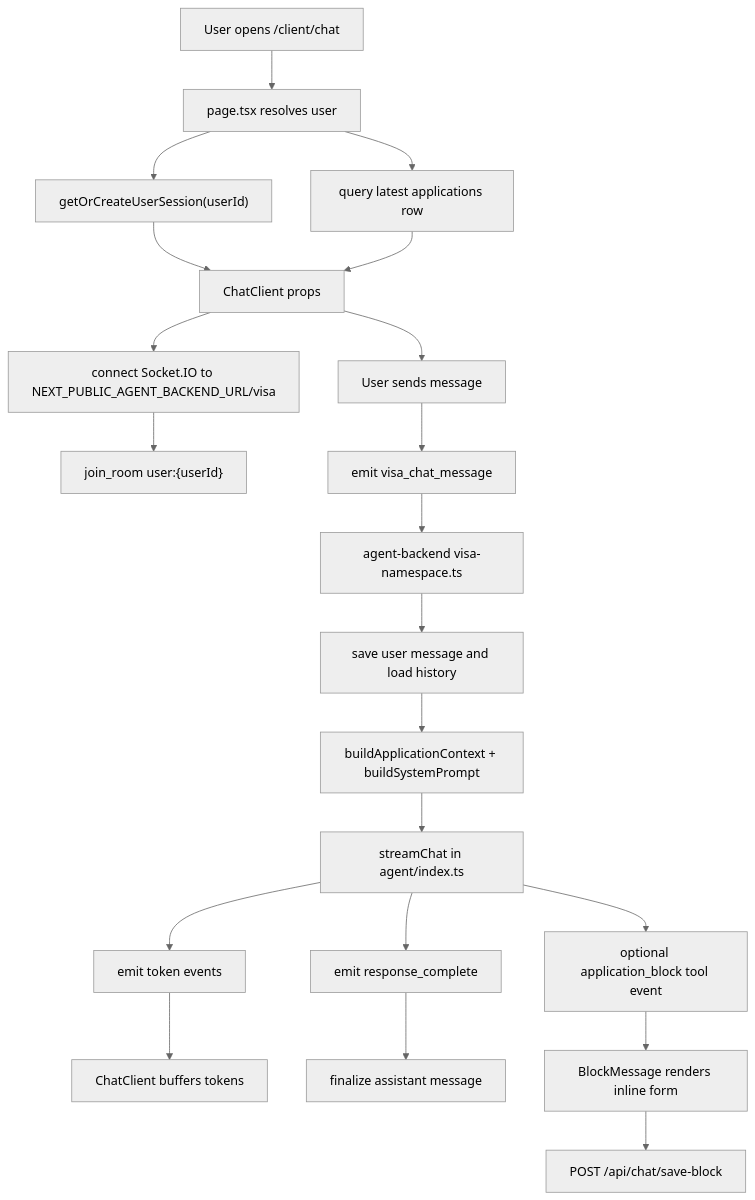
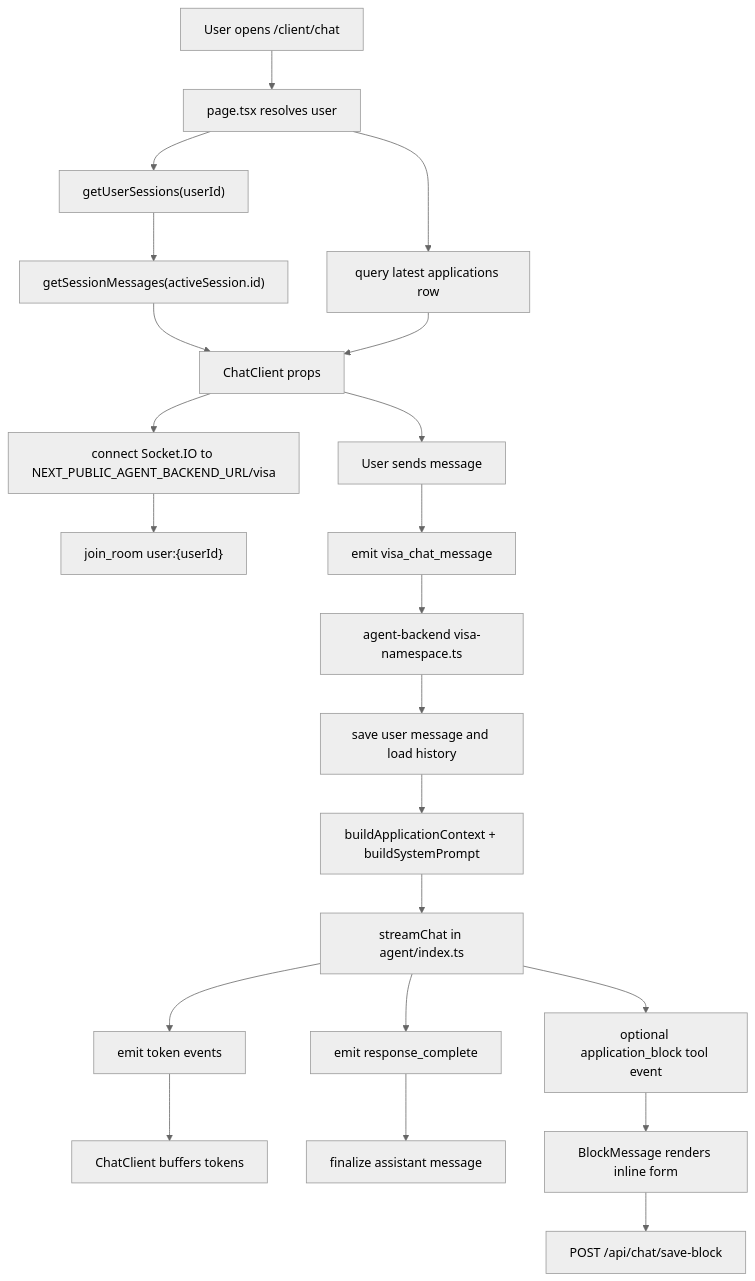
The diagram in docs/viza-ai-chat-development-guide.md (Nanan-Holdings/VIZA-monorepo), drawn with Mermaid (neutral theme) before and after one commit. The commit also changed other lines of this file and 22 other files, not shown here.

````diff
--- a/docs/viza-ai-chat-development-guide.md
+++ b/docs/viza-ai-chat-development-guide.md
@@ -49,23 +50,24 @@
 ```mermaid
 flowchart TD
   A["User opens /client/chat"] --> B["page.tsx resolves user"]
-  B --> C["getOrCreateUserSession(userId)"]
+  B --> C["getUserSessions(userId)"]
+  C --> C2["getSessionMessages(activeSession.id)"]
   B --> D["query latest applications row"]
-  C --> E["ChatClient props"]
+  C2 --> E["ChatClient props"]
   D --> E
   E --> F["connect Socket.IO to NEXT_PUBLIC_AGENT_BACKEND_URL/visa"]
   F --> G["join_room user:{userId}"]
   E --> H["User sends message"]
   H --> I["emit visa_chat_message"]
   I --> J["agent-backend visa-namespace.ts"]
   J --> K["save user message and load history"]
   K --> L["buildApplicationContext + buildSystemPrompt"]
   L --> M["streamChat in agent/index.ts"]
   M --> N["emit token events"]
   M --> O["emit response_complete"]
   M --> P["optional application_block tool event"]
   N --> Q["ChatClient buffers tokens"]
   O --> R["finalize assistant message"]
   P --> S["BlockMessage renders inline form"]
   S --> T["POST /api/chat/save-block"]
 ```
````
